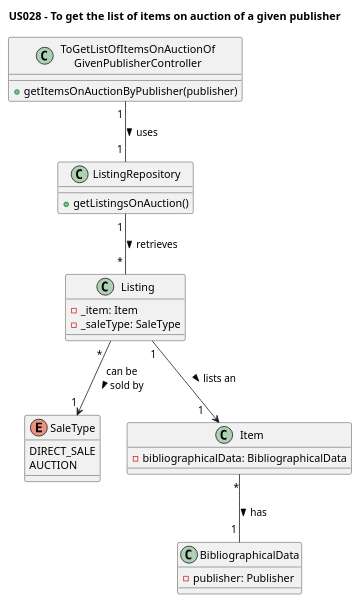
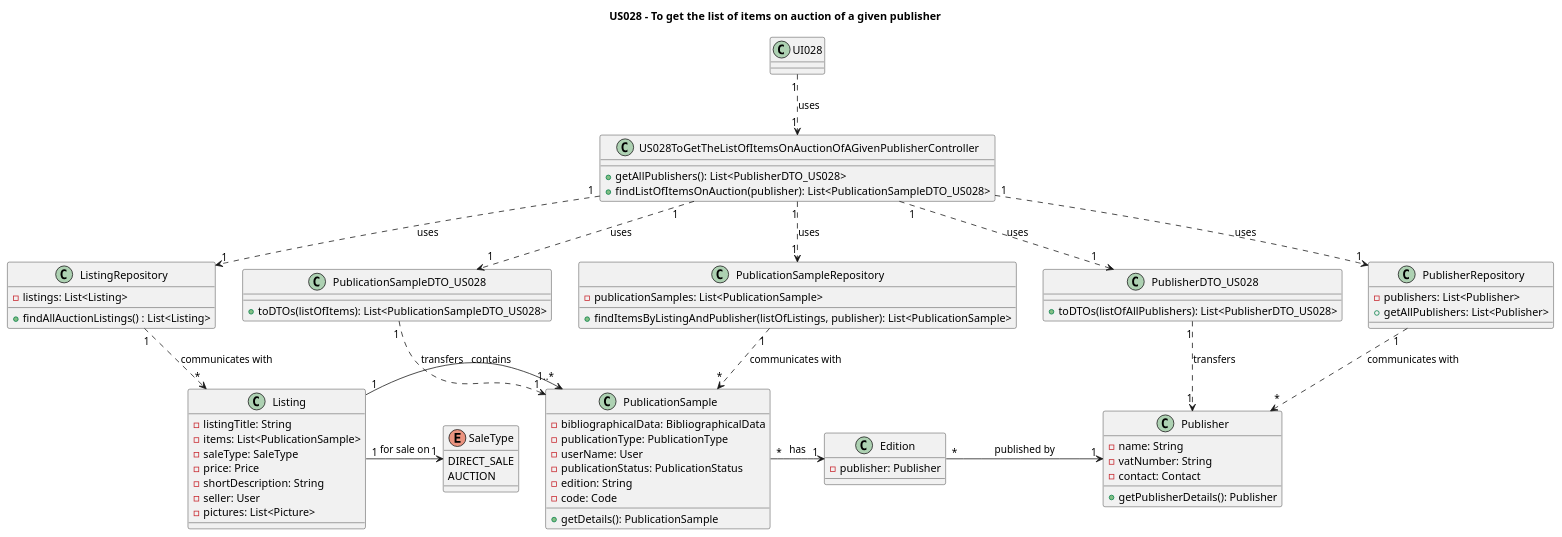
One commit to AndrePereiraGitH/SWitCH-Project-Team_A changed the diagram in Diagrams/ClassDiagrams/US028-to-get-list-of-items-on-auction-of-given-publisher.puml. Above: the diagram before and after it, drawn with PlantUML. The commit also changed 13 other files, not shown here.

Commit message:
Closes #335, redesign and refactoring of US028 - updated SSD, SD, CD diagrams (closes #336) and updated unit tests with mocks and methods implementation (closes #337)

```diff
--- a/Diagrams/ClassDiagrams/US028-to-get-list-of-items-on-auction-of-given-publisher.puml
+++ b/Diagrams/ClassDiagrams/US028-to-get-list-of-items-on-auction-of-given-publisher.puml
@@ -1,38 +1,100 @@
 @startuml
 title US028 - To get the list of items on auction of a given publisher
 
-class ToGetListOfItemsOnAuctionOf\nGivenPublisherController {
-  +getItemsOnAuctionByPublisher(publisher)
+class UI028 {
+}
+
+class US028ToGetTheListOfItemsOnAuctionOfAGivenPublisherController {
+    + getAllPublishers(): List<PublisherDTO_US028>
+    + findListOfItemsOnAuction(publisher): List<PublicationSampleDTO_US028>
+}
+
+class PublisherRepository {
+    - publishers: List<Publisher>
+    + getAllPublishers: List<Publisher>
+}
+
+class PublisherDTO_US028 {
+    + toDTOs(listOfAllPublishers): List<PublisherDTO_US028>
+}
+
+class Publisher {
+    - name: String
+    - vatNumber: String
+    - contact: Contact
+    + getPublisherDetails(): Publisher
 }
 
 class ListingRepository {
-  +getListingsOnAuction()
+    - listings: List<Listing>
+    + findAllAuctionListings() : List<Listing>
+}
+
+class PublicationSampleRepository {
+    - publicationSamples: List<PublicationSample>
+    + findItemsByListingAndPublisher(listOfListings, publisher): List<PublicationSample>
+}
+
+class PublicationSampleDTO_US028 {
+    + toDTOs(listOfItems): List<PublicationSampleDTO_US028>
+}
+
+class PublicationSample {
+    - bibliographicalData: BibliographicalData
+    - publicationType: PublicationType
+    - userName: User
+    - publicationStatus: PublicationStatus
+    - edition: String
+    - code: Code
+    + getDetails(): PublicationSample
 }
 
 class Listing {
-  - _item: Item
-  - _saleType: SaleType
+    - listingTitle: String
+    - items: List<PublicationSample>
+    - saleType: SaleType
+    - price: Price
+    - shortDescription: String
+    - seller: User
+    - pictures: List<Picture>
 }
 
 enum SaleType {
     DIRECT_SALE
     AUCTION
 }
 
-class Item {
-    - bibliographicalData: BibliographicalData
+class Edition {
+    - publisher: Publisher
 }
-
-class BibliographicalData {
-    - publisher: Publisher
-    }
 
 ' Interactions
 
-ToGetListOfItemsOnAuctionOf\nGivenPublisherController  "1 " -- "1 " ListingRepository : uses >
-ListingRepository "1 " -- " * " Listing : retrieves >
-Listing "                                *" --> "1 " SaleType : can be\nsold by >
-Listing "1"--> "1    " Item : lists an >
-Item "*" -- "1 " BibliographicalData: has >
+' Interactions
+
+UI028 "1" ..> "1" US028ToGetTheListOfItemsOnAuctionOfAGivenPublisherController : uses
+
+US028ToGetTheListOfItemsOnAuctionOfAGivenPublisherController "1" ..> "1" PublisherRepository: uses
+US028ToGetTheListOfItemsOnAuctionOfAGivenPublisherController "1" ..> "1" PublisherDTO_US028 : uses
+US028ToGetTheListOfItemsOnAuctionOfAGivenPublisherController "1" ..> "1" ListingRepository : uses
+US028ToGetTheListOfItemsOnAuctionOfAGivenPublisherController "1" ..> "1" PublicationSampleRepository : uses
+US028ToGetTheListOfItemsOnAuctionOfAGivenPublisherController "1" ..> "1" PublicationSampleDTO_US028 : uses
+
+PublisherRepository "1" ..> "*" Publisher : communicates with
+
+PublisherDTO_US028 "1" ..> "1" Publisher : transfers
+
+ListingRepository "1" ..> "*" Listing: communicates with
+
+PublicationSampleRepository "1" ..> "*" PublicationSample: communicates with
+
+PublicationSampleDTO_US028 "1" ..> "1" PublicationSample : transfers
+
+' Domain classes interactions
+
+Listing "1" -> "1..*" PublicationSample: contains
+PublicationSample "*" -> "1" Edition: has
+Edition "*" -> "1" Publisher: published by
+Listing "1" -> "1" SaleType: for sale on
 
 @enduml
```
